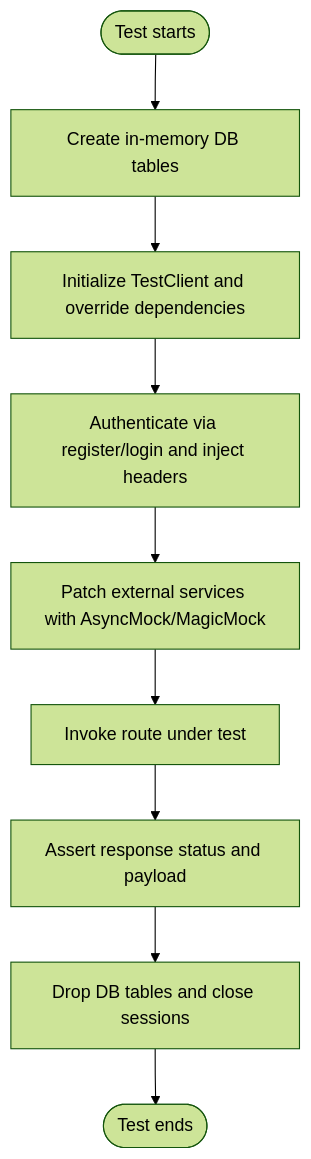
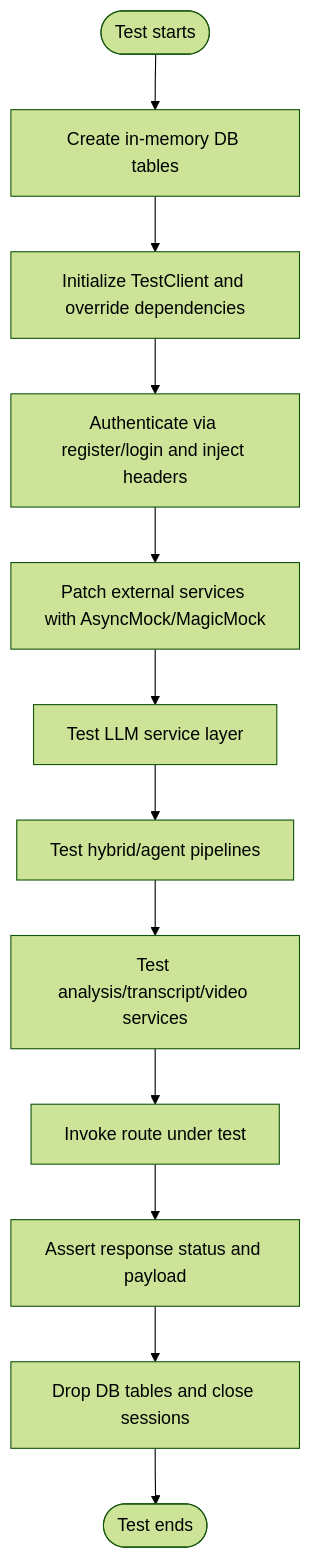
Before and after one commit to Revanththetalogics/aireume: the third of 6 diagrams in .qoder/repowiki/en/content/Testing Strategy.md, drawn with Mermaid (forest theme). The commit also changed other lines of this file and 33 other files, not shown here.

````diff
--- a/.qoder/repowiki/en/content/Testing Strategy.md
+++ b/.qoder/repowiki/en/content/Testing Strategy.md
@@ -142,11 +188,14 @@
 ```mermaid
 flowchart TD
 Start(["Test starts"]) --> DB["Create in-memory DB tables"]
 DB --> Client["Initialize TestClient and override dependencies"]
 Client --> Auth["Authenticate via register/login and inject headers"]
 Auth --> Mocks["Patch external services with AsyncMock/MagicMock"]
-Mocks --> RouteCall["Invoke route under test"]
+Mocks --> LLM["Test LLM service layer"]
+LLM --> Pipelines["Test hybrid/agent pipelines"]
+Pipelines --> Services["Test analysis/transcript/video services"]
+Services --> RouteCall["Invoke route under test"]
 RouteCall --> Asserts["Assert response status and payload"]
 Asserts --> Cleanup["Drop DB tables and close sessions"]
 Cleanup --> End(["Test ends"])
 ```
````
